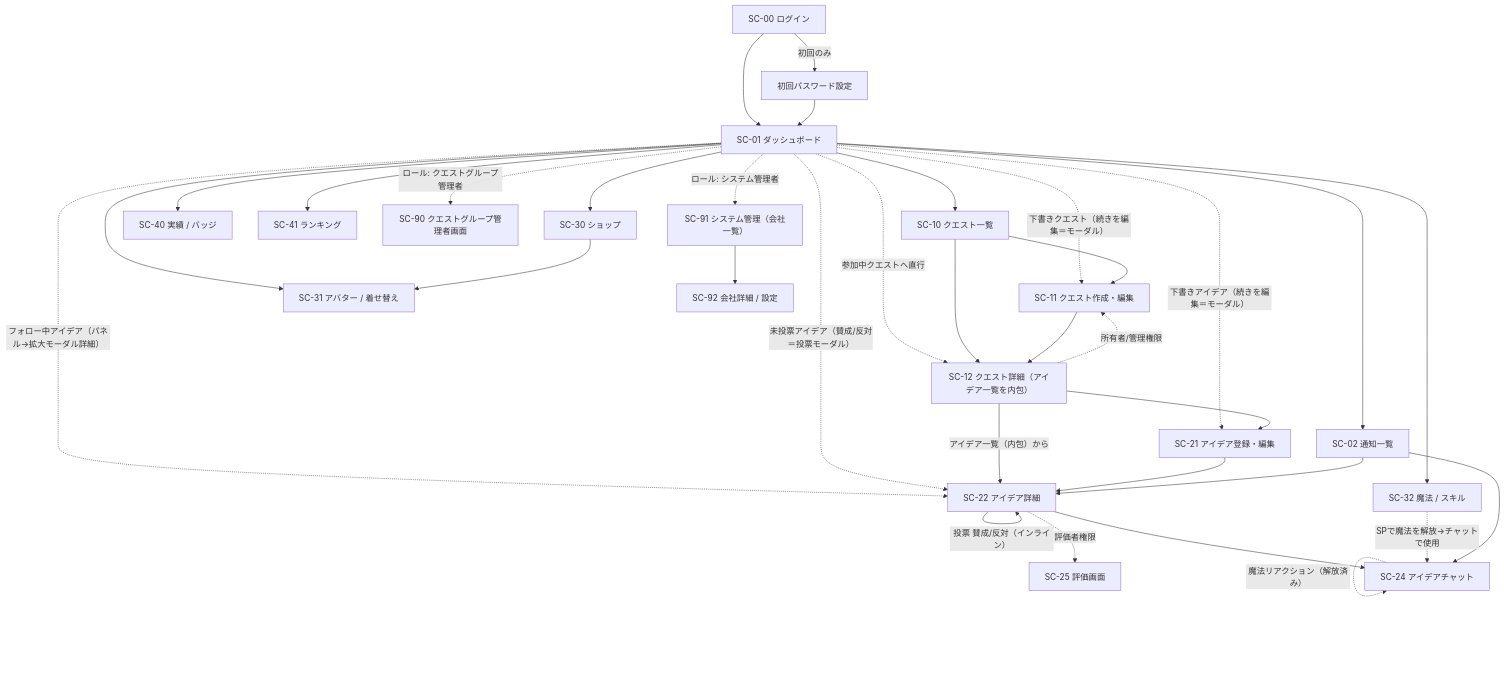
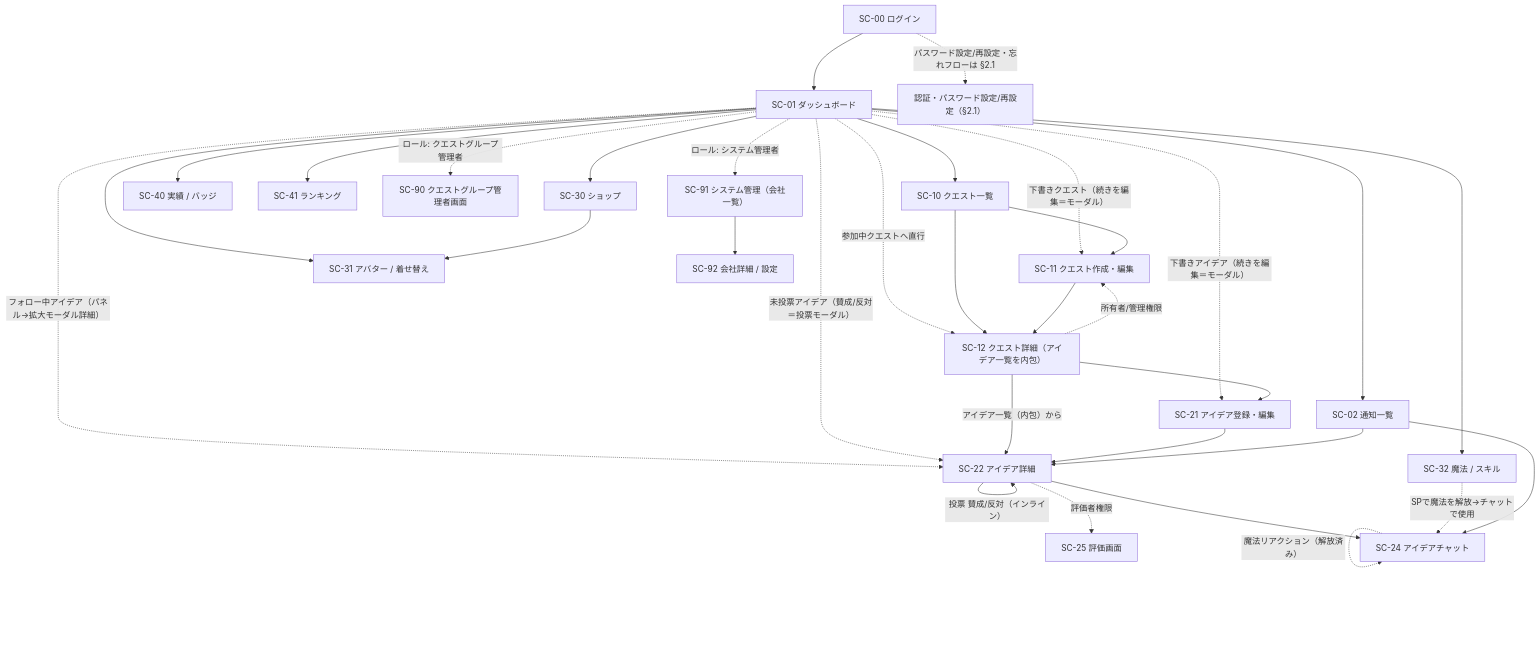
Before and after one commit to t-umekawa-sc/sc-ideaquest-G2: the first of 2 diagrams in doc/画面設計/画面遷移図.md, drawn with Mermaid. The commit also changed other lines of this file and 4 other files, not shown here.

First line of the commit message:
パスワード忘れ＝自己サービス再設定フローを追加（画面遷移図＋ドメインA＋SC-00）

````diff
--- a/doc/画面設計/画面遷移図.md
+++ b/doc/画面設計/画面遷移図.md
@@ -39,43 +39,42 @@
 ```mermaid
 flowchart TD
-    LOGIN["SC-00 ログイン"] -->|"初回のみ"| PWSET["初回パスワード設定"]
-    LOGIN --> DASH["SC-01 ダッシュボード"]
-    PWSET --> DASH
+    LOGIN["SC-00 ログイン"] --> DASH["SC-01 ダッシュボード"]
+    LOGIN -. "パスワード設定/再設定・忘れフローは §2.1" .-> AUTH["認証・パスワード設定/再設定（§2.1）"]
 
     DASH --> QLIST["SC-10 クエスト一覧"]
     DASH -. "参加中クエストへ直行" .-> QDETAIL["SC-12 クエスト詳細（アイデア一覧を内包）"]
     DASH -. "フォロー中アイデア（パネル→拡大モーダル詳細）" .-> IDETAIL["SC-22 アイデア詳細"]
     DASH -. "下書きクエスト（続きを編集＝モーダル）" .-> QNEW
     DASH -. "下書きアイデア（続きを編集＝モーダル）" .-> INEW
     DASH -. "未投票アイデア（賛成/反対＝投票モーダル）" .-> IDETAIL
     DASH --> SHOP["SC-30 ショップ"]
     DASH --> AVATAR["SC-31 アバター / 着せ替え"]
     DASH --> SPELL["SC-32 魔法 / スキル"]
     DASH --> NOTIF["SC-02 通知一覧"]
     DASH --> ACHIEVE["SC-40 実績 / バッジ"]
     DASH --> RANK["SC-41 ランキング"]
     DASH -. "ロール: クエストグループ管理者" .-> QGADMIN["SC-90 クエストグループ管理者画面"]
     DASH -. "ロール: システム管理者" .-> SYSADMIN["SC-91 システム管理（会社一覧）"]
     SYSADMIN --> COMPANY["SC-92 会社詳細 / 設定"]
 
     QLIST --> QNEW["SC-11 クエスト作成・編集"]
     QLIST --> QDETAIL
     QNEW --> QDETAIL
 
     QDETAIL -->|"アイデア一覧（内包）から"| IDETAIL["SC-22 アイデア詳細"]
     QDETAIL --> INEW["SC-21 アイデア登録・編集"]
     QDETAIL -. "所有者/管理権限" .-> QNEW
     INEW --> IDETAIL
 
     IDETAIL -->|"投票 賛成/反対（インライン）"| IDETAIL
     IDETAIL --> CHAT["SC-24 アイデアチャット"]
     IDETAIL -. "評価者権限" .-> EVAL["SC-25 評価画面"]
 
     CHAT -. "魔法リアクション（解放済み）" .-> CHAT
     SPELL -. "SPで魔法を解放→チャットで使用" .-> CHAT
 
     SHOP --> AVATAR
 
     NOTIF --> IDETAIL
     NOTIF --> CHAT
 ```
````
